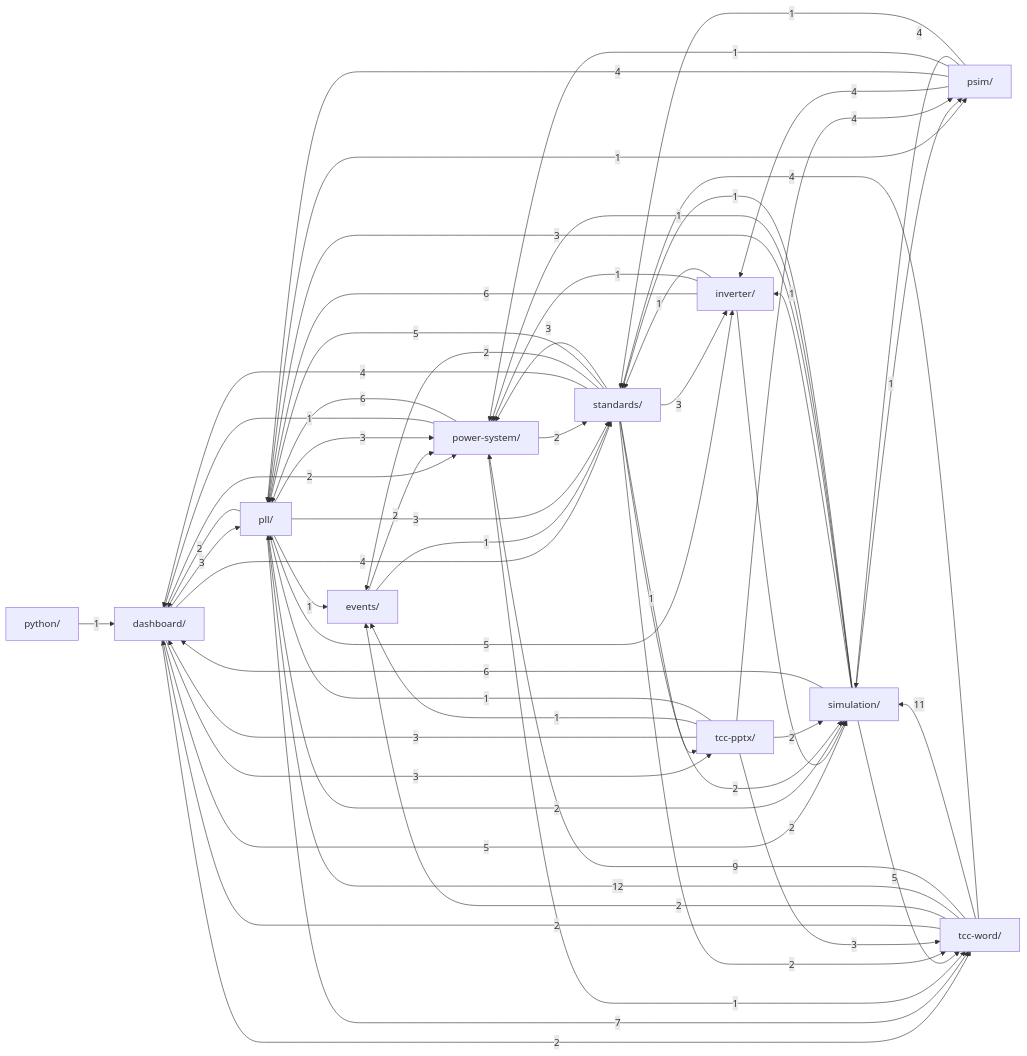
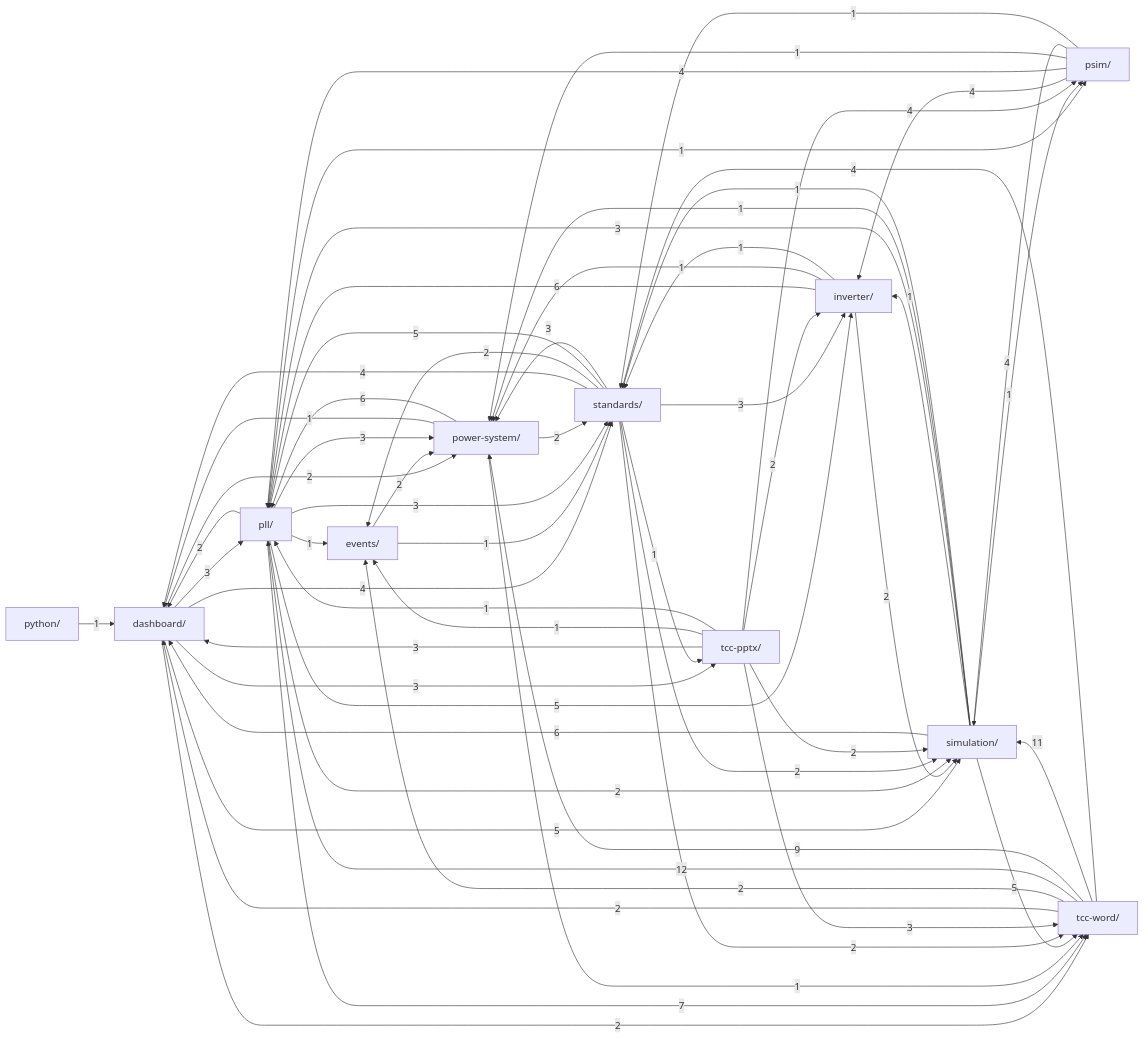
Before and after one commit to GGHB0/pll_stability_9bus: the diagram in .claude/kb/grafo.md, drawn with Mermaid. The commit also changed 11 other files, not shown here.

````diff
--- a/.claude/kb/grafo.md
+++ b/.claude/kb/grafo.md
@@ -12,71 +12,72 @@
 ```mermaid
 graph LR
     dashboard["dashboard/"]
     events["events/"]
     inverter["inverter/"]
     pll["pll/"]
     power_system["power-system/"]
     psim["psim/"]
     python["python/"]
     simulation["simulation/"]
     standards["standards/"]
     tcc_pptx["tcc-pptx/"]
     tcc_word["tcc-word/"]
     dashboard -->|3| pll
     dashboard -->|2| power_system
     dashboard -->|5| simulation
     dashboard -->|4| standards
     dashboard -->|3| tcc_pptx
     dashboard -->|2| tcc_word
     events -->|2| power_system
     events -->|1| standards
     inverter -->|6| pll
     inverter -->|1| power_system
     inverter -->|2| simulation
     inverter -->|1| standards
     pll -->|2| dashboard
     pll -->|1| events
     pll -->|5| inverter
     pll -->|3| power_system
     pll -->|1| psim
     pll -->|2| simulation
     pll -->|3| standards
     pll -->|7| tcc_word
     power_system -->|1| dashboard
     power_system -->|6| pll
     power_system -->|2| standards
     power_system -->|1| tcc_word
     psim -->|4| inverter
     psim -->|4| pll
     psim -->|1| power_system
     psim -->|4| simulation
     psim -->|1| standards
     python -->|1| dashboard
     simulation -->|6| dashboard
     simulation -->|1| inverter
     simulation -->|3| pll
     simulation -->|1| power_system
     simulation -->|1| psim
     simulation -->|1| standards
     simulation -->|5| tcc_word
     standards -->|4| dashboard
     standards -->|2| events
     standards -->|3| inverter
     standards -->|5| pll
     standards -->|3| power_system
     standards -->|2| simulation
     standards -->|1| tcc_pptx
     standards -->|2| tcc_word
     tcc_pptx -->|3| dashboard
     tcc_pptx -->|1| events
+    tcc_pptx -->|2| inverter
     tcc_pptx -->|1| pll
     tcc_pptx -->|4| psim
     tcc_pptx -->|2| simulation
     tcc_pptx -->|3| tcc_word
     tcc_word -->|2| dashboard
     tcc_word -->|2| events
     tcc_word -->|12| pll
     tcc_word -->|9| power_system
     tcc_word -->|11| simulation
     tcc_word -->|4| standards
 ```
````
